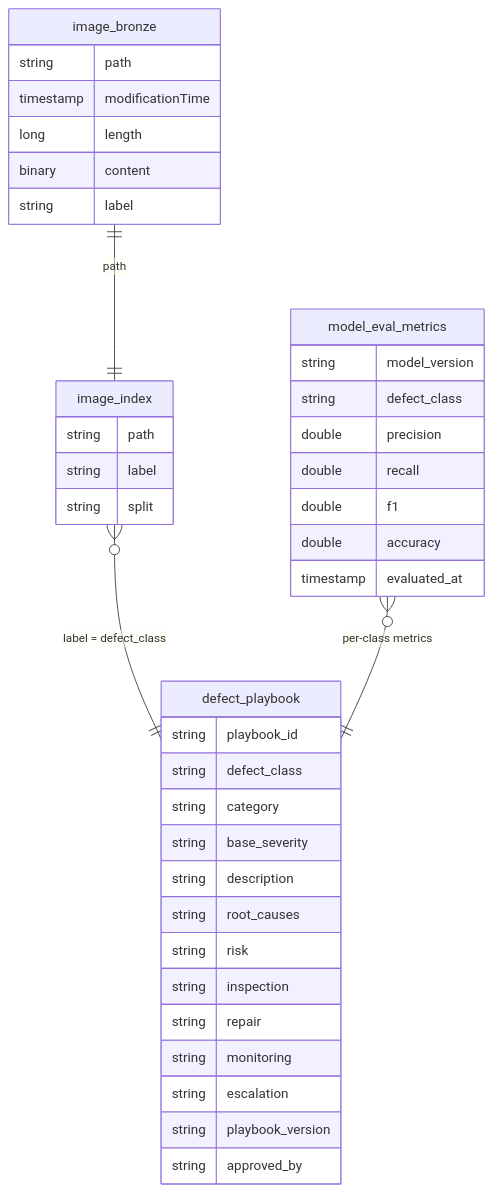
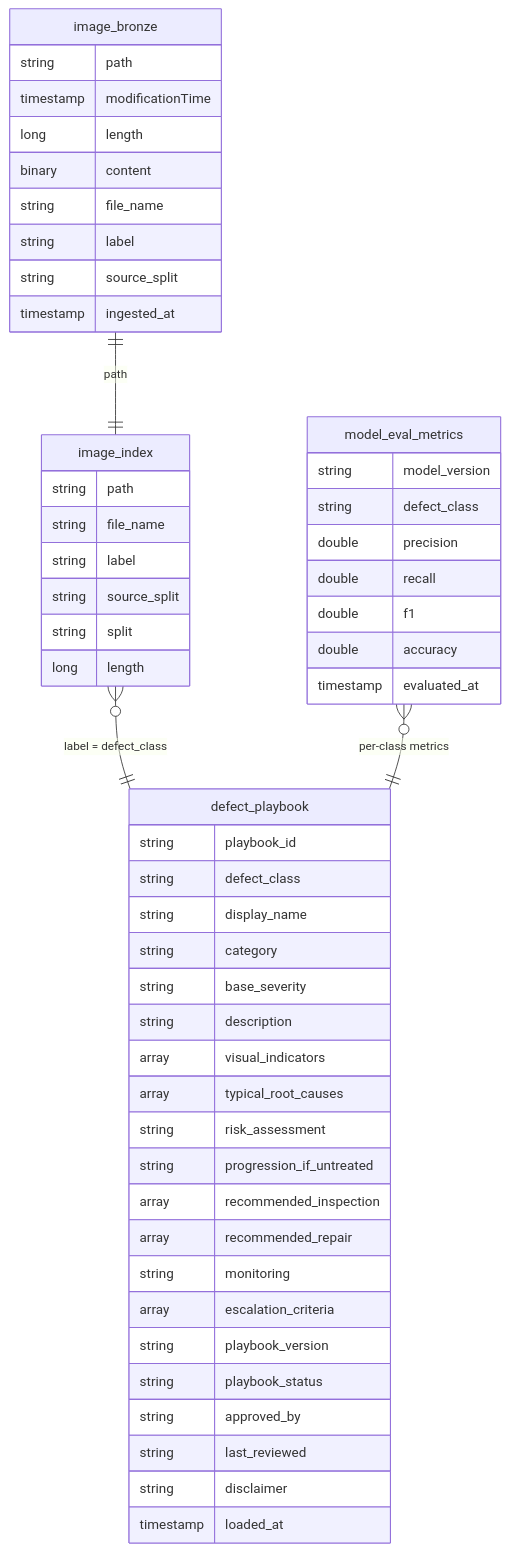
The fourth of 4 diagrams in e2e_industry_solutions/metal_surface_defect_diagnostics/ARCHITECTURE.md (jose-alberto-salazar-jimenez/databricks_demos), drawn with Mermaid before and after one commit. The commit also changed other lines of this file and 7 other files, not shown here.

````diff
--- a/e2e_industry_solutions/metal_surface_defect_diagnostics/ARCHITECTURE.md
+++ b/e2e_industry_solutions/metal_surface_defect_diagnostics/ARCHITECTURE.md
@@ -170,42 +178,55 @@
 ```mermaid
 erDiagram
   image_bronze ||--|| image_index : "path"
   image_index }o--|| defect_playbook : "label = defect_class"
   model_eval_metrics }o--|| defect_playbook : "per-class metrics"
   image_bronze {
     string path
     timestamp modificationTime
     long length
     binary content
+    string file_name
     string label
+    string source_split
+    timestamp ingested_at
   }
   image_index {
     string path
+    string file_name
     string label
+    string source_split
     string split
+    long length
   }
   defect_playbook {
     string playbook_id
     string defect_class
+    string display_name
     string category
     string base_severity
     string description
-    string root_causes
-    string risk
-    string inspection
-    string repair
+    array visual_indicators
+    array typical_root_causes
+    string risk_assessment
+    string progression_if_untreated
+    array recommended_inspection
+    array recommended_repair
     string monitoring
-    string escalation
+    array escalation_criteria
     string playbook_version
+    string playbook_status
     string approved_by
+    string last_reviewed
+    string disclaimer
+    timestamp loaded_at
   }
   model_eval_metrics {
     string model_version
     string defect_class
     double precision
     double recall
     double f1
     double accuracy
     timestamp evaluated_at
   }
 ```
````
